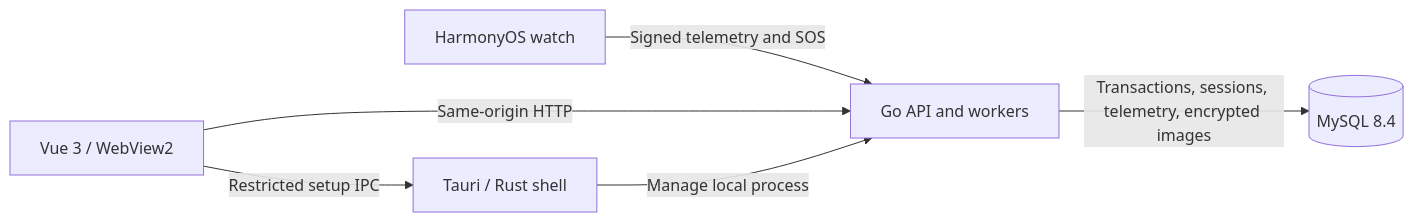
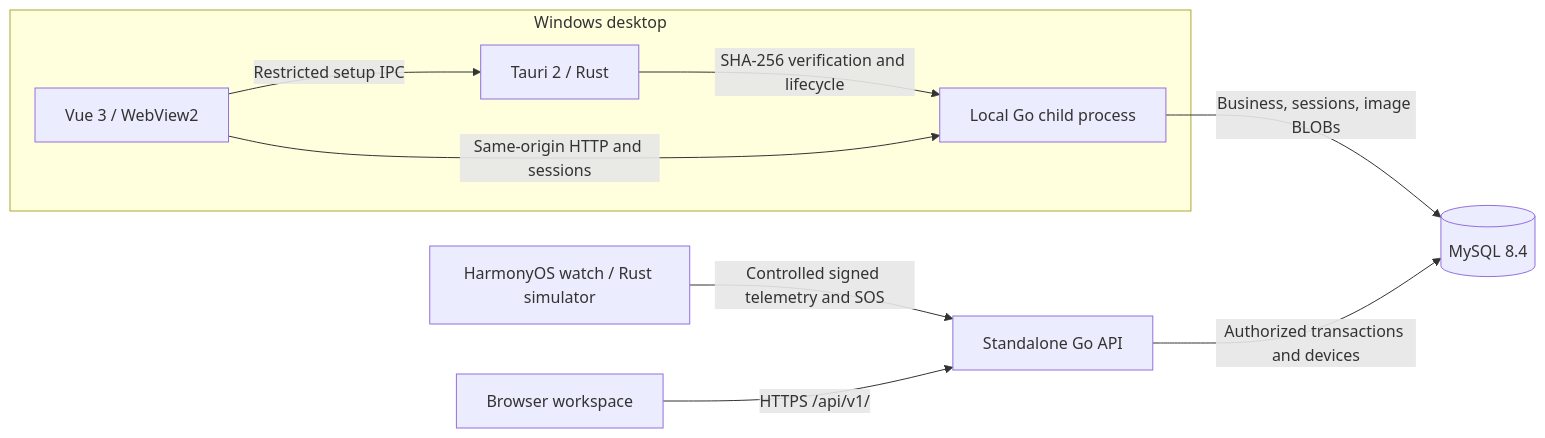
The diagram in README.en.md (R9-404/smart-elderly-watch-management), drawn with Mermaid before and after one commit. The commit also changed other lines of this file and 5 other files, not shown here.

````diff
--- a/README.en.md
+++ b/README.en.md
@@ -107,8 +105,12 @@
 ```mermaid
 flowchart LR
-    W["HarmonyOS watch"] -->|"Signed telemetry and SOS"| G["Go API and workers"]
-    V["Vue 3 / WebView2"] -->|"Same-origin HTTP"| G
-    V -->|"Restricted setup IPC"| R["Tauri / Rust shell"]
-    R -->|"Manage local process"| G
-    G -->|"Transactions, sessions, telemetry, encrypted images"| M[("MySQL 8.4")]
+  subgraph Desktop["Windows desktop"]
+    T["Tauri 2 / Rust"] -->|"SHA-256 verification and lifecycle"| L["Local Go child process"]
+    V["Vue 3 / WebView2"] -->|"Same-origin HTTP and sessions"| L
+    V -->|"Restricted setup IPC"| T
+  end
+  W["HarmonyOS watch / Rust simulator"] -->|"Controlled signed telemetry and SOS"| S["Standalone Go API"]
+  B["Browser workspace"] -->|"HTTPS /api/v1/"| S
+  L -->|"Business, sessions, image BLOBs"| M[("MySQL 8.4")]
+  S -->|"Authorized transactions and devices"| M
 ```
````
